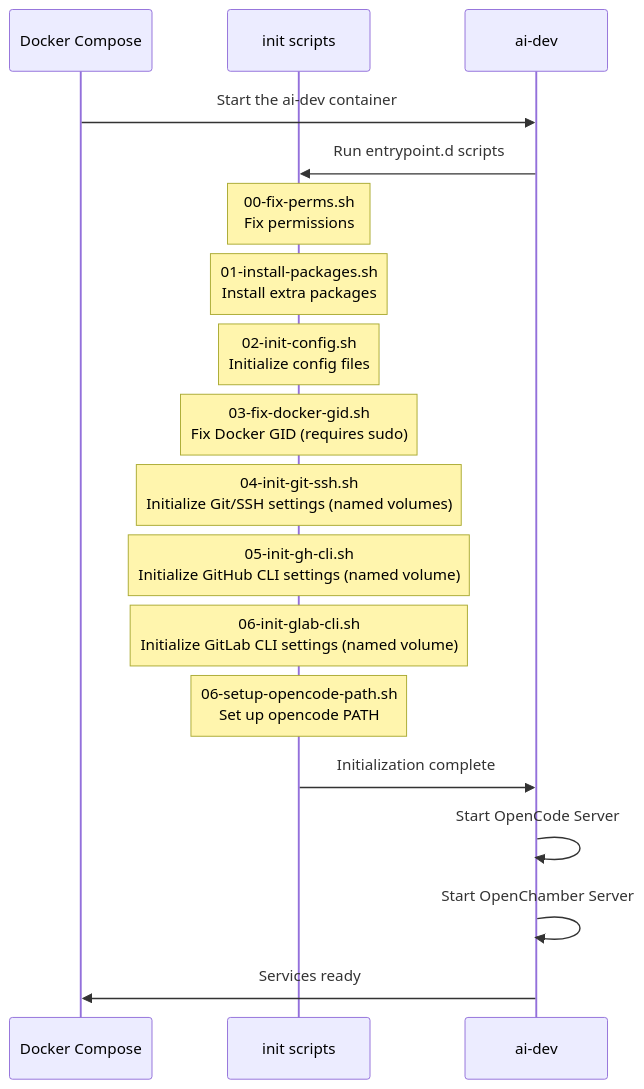
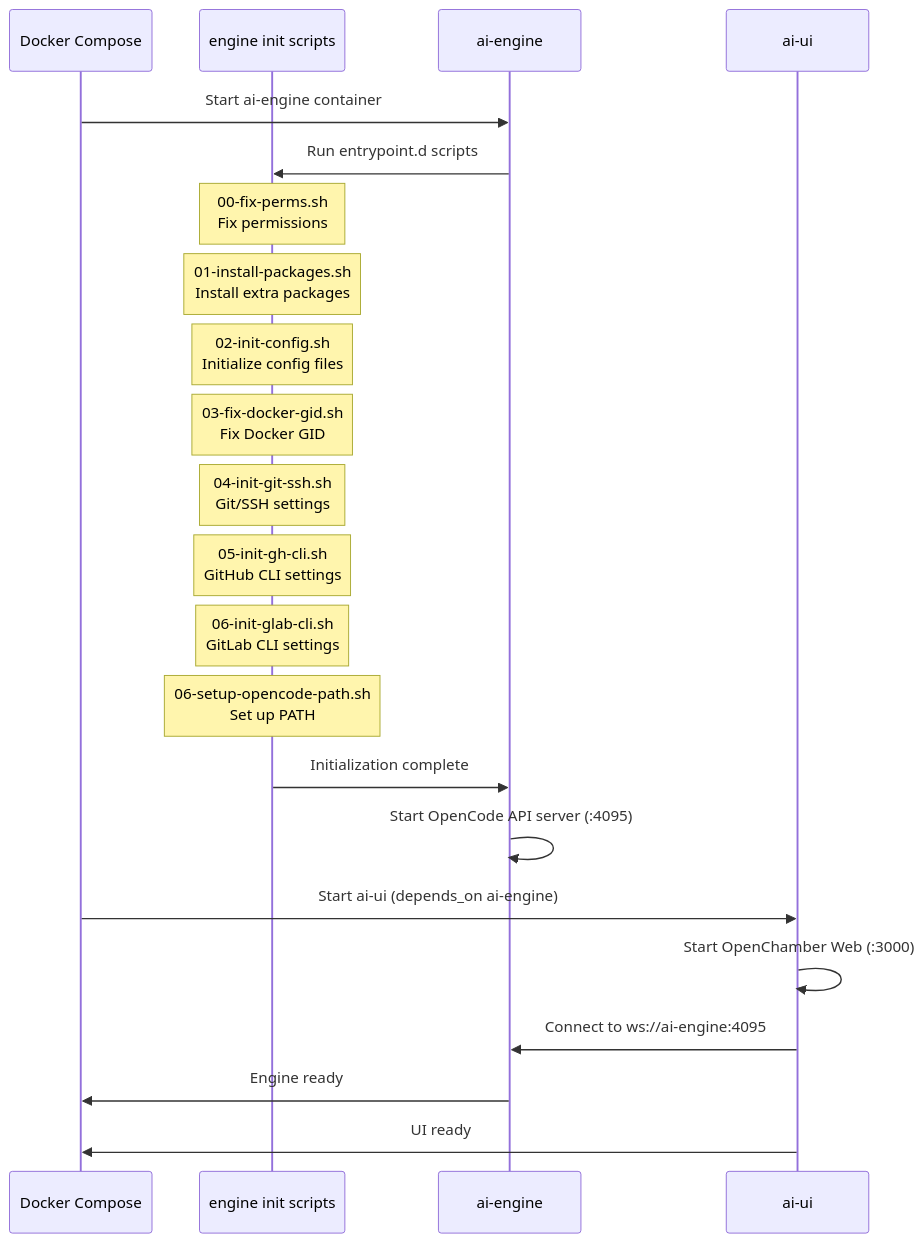
Before and after one commit to tryweb/ai-engkit: the eighth of 10 diagrams in docs/ARCHITECTURE.md, drawn with Mermaid. The commit also changed other lines of this file and 10 other files, not shown here.

````diff
--- a/docs/ARCHITECTURE.md
+++ b/docs/ARCHITECTURE.md
@@ -290,30 +324,36 @@
 ```mermaid
 sequenceDiagram
     participant D as Docker Compose
-    participant I as init scripts
-    participant A as ai-dev
+    participant EI as engine init scripts
+    participant E as ai-engine
+    participant U as ai-ui
 
-    D->>A: Start the ai-dev container
-    A->>I: Run entrypoint.d scripts
+    D->>E: Start ai-engine container
+    E->>EI: Run entrypoint.d scripts
 
-    Note over I: 00-fix-perms.sh<br/>Fix permissions
+    Note over EI: 00-fix-perms.sh<br/>Fix permissions
 
-    Note over I: 01-install-packages.sh<br/>Install extra packages
+    Note over EI: 01-install-packages.sh<br/>Install extra packages
 
-    Note over I: 02-init-config.sh<br/>Initialize config files
+    Note over EI: 02-init-config.sh<br/>Initialize config files
 
-    Note over I: 03-fix-docker-gid.sh<br/>Fix Docker GID (requires sudo)
+    Note over EI: 03-fix-docker-gid.sh<br/>Fix Docker GID
 
-    Note over I: 04-init-git-ssh.sh<br/>Initialize Git/SSH settings (named volumes)
+    Note over EI: 04-init-git-ssh.sh<br/>Git/SSH settings
 
-    Note over I: 05-init-gh-cli.sh<br/>Initialize GitHub CLI settings (named volume)
+    Note over EI: 05-init-gh-cli.sh<br/>GitHub CLI settings
 
-    Note over I: 06-init-glab-cli.sh<br/>Initialize GitLab CLI settings (named volume)
+    Note over EI: 06-init-glab-cli.sh<br/>GitLab CLI settings
 
-    Note over I: 06-setup-opencode-path.sh<br/>Set up opencode PATH
+    Note over EI: 06-setup-opencode-path.sh<br/>Set up PATH
 
-    I->>A: Initialization complete
-    A->>A: Start OpenCode Server
-    A->>A: Start OpenChamber Server
-    A->>D: Services ready
+    EI->>E: Initialization complete
+    E->>E: Start OpenCode API server (:4095)
+
+    D->>U: Start ai-ui (depends_on ai-engine)
+    U->>U: Start OpenChamber Web (:3000)
+    U->>E: Connect to ws://ai-engine:4095
+
+    E->>D: Engine ready
+    U->>D: UI ready
 ```
````
